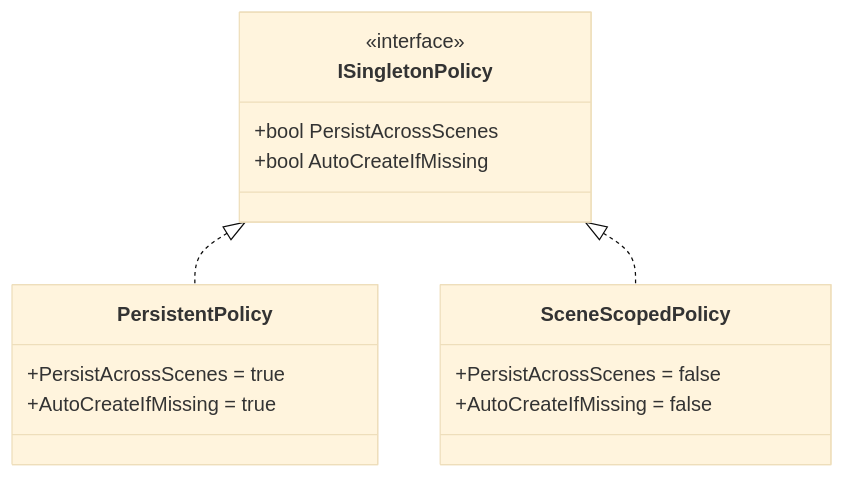
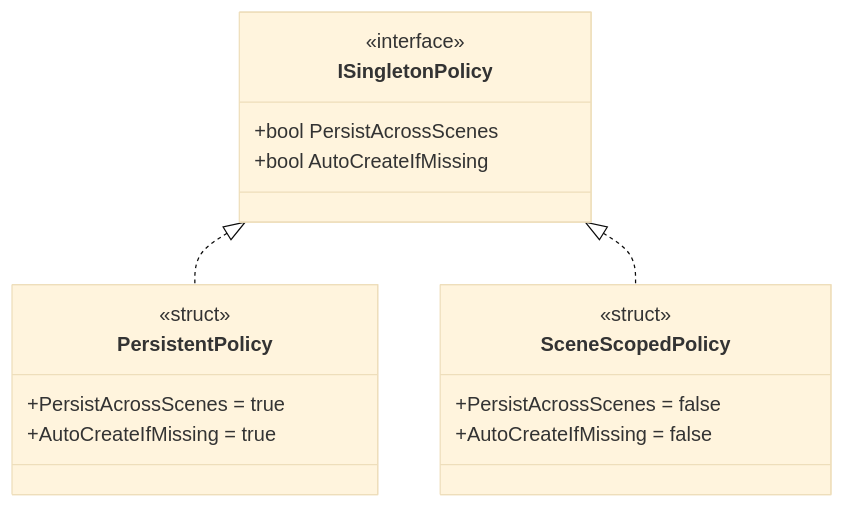
Before and after one commit to tomo-ludens/unity-policy-singleton: the diagram in README.md, drawn with Mermaid (base theme). The commit also changed other lines of this file and 1 other file, not shown here.

````diff
--- a/README.md
+++ b/README.md
@@ -126,18 +131,20 @@
 ```mermaid
 classDiagram
     class ISingletonPolicy {
         <<interface>>
         +bool PersistAcrossScenes
         +bool AutoCreateIfMissing
     }
     class PersistentPolicy {
+        <<struct>>
         +PersistAcrossScenes = true
         +AutoCreateIfMissing = true
     }
     class SceneScopedPolicy {
+        <<struct>>
         +PersistAcrossScenes = false
         +AutoCreateIfMissing = false
     }
     ISingletonPolicy <|.. PersistentPolicy
     ISingletonPolicy <|.. SceneScopedPolicy
 ```
````
